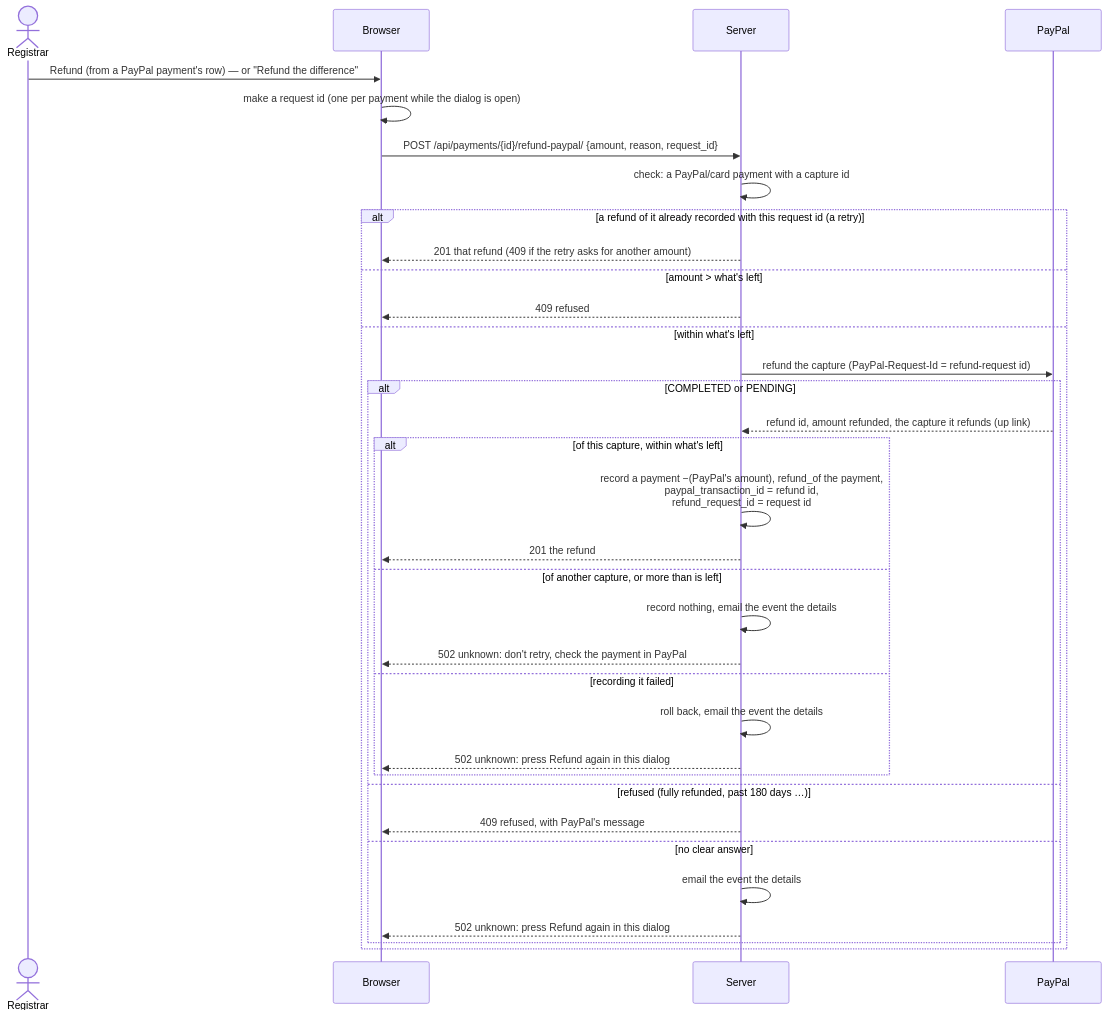
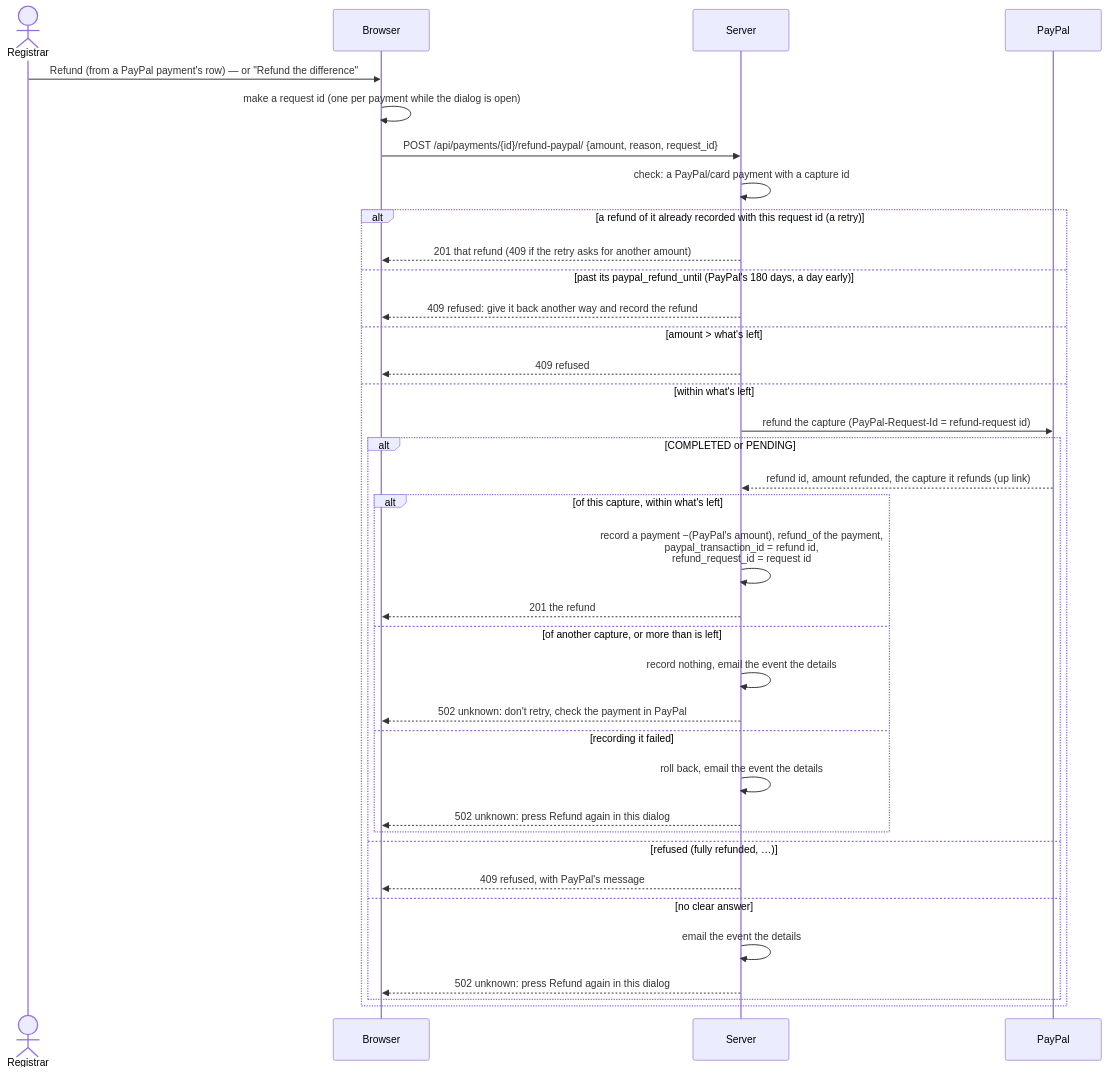
The ninth of 14 diagrams in doc/payments.md (camphoric/camphoric), drawn with Mermaid before and after one commit. The commit also changed other lines of this file and 23 other files, not shown here.

First line of the commit message:
feat(payments): stop PayPal refunds at PayPal's refund window, and say until when

````diff
--- a/doc/payments.md
+++ b/doc/payments.md
@@ -635,36 +635,38 @@
 ```mermaid
 sequenceDiagram
     actor A as Registrar
     participant B as Browser
     participant S as Server
     participant P as PayPal
     A->>B: Refund (from a PayPal payment's row) — or "Refund the difference"
     B->>B: make a request id (one per payment while the dialog is open)
     B->>S: POST /api/payments/{id}/refund-paypal/ {amount, reason, request_id}
     S->>S: check: a PayPal/card payment with a capture id
     alt a refund of it already recorded with this request id (a retry)
         S-->>B: 201 that refund (409 if the retry asks for another amount)
+    else past its paypal_refund_until (PayPal's 180 days, a day early)
+        S-->>B: 409 refused: give it back another way and record the refund
     else amount > what's left
         S-->>B: 409 refused
     else within what's left
         S->>P: refund the capture (PayPal-Request-Id = refund-request id)
         alt COMPLETED or PENDING
             P-->>S: refund id, amount refunded, the capture it refunds (up link)
             alt of this capture, within what's left
                 S->>S: record a payment −(PayPal's amount), refund_of the payment,<br/>paypal_transaction_id = refund id,<br/>refund_request_id = request id
                 S-->>B: 201 the refund
             else of another capture, or more than is left
                 S->>S: record nothing, email the event the details
                 S-->>B: 502 unknown: don't retry, check the payment in PayPal
             else recording it failed
                 S->>S: roll back, email the event the details
                 S-->>B: 502 unknown: press Refund again in this dialog
             end
-        else refused (fully refunded, past 180 days …)
+        else refused (fully refunded, …)
             S-->>B: 409 refused, with PayPal's message
         else no clear answer
             S->>S: email the event the details
             S-->>B: 502 unknown: press Refund again in this dialog
         end
     end
 ```
````
